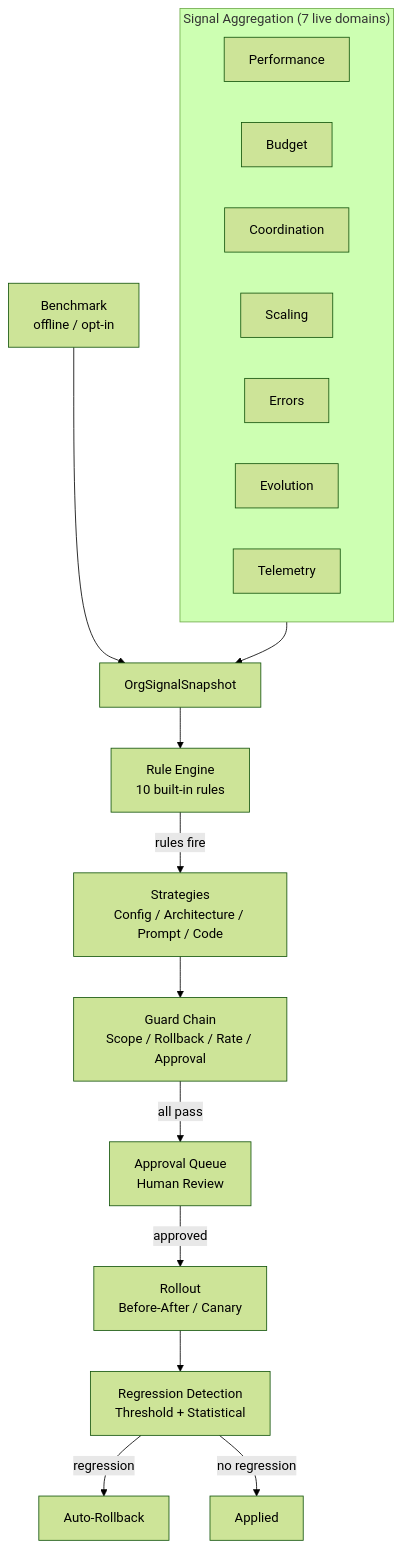
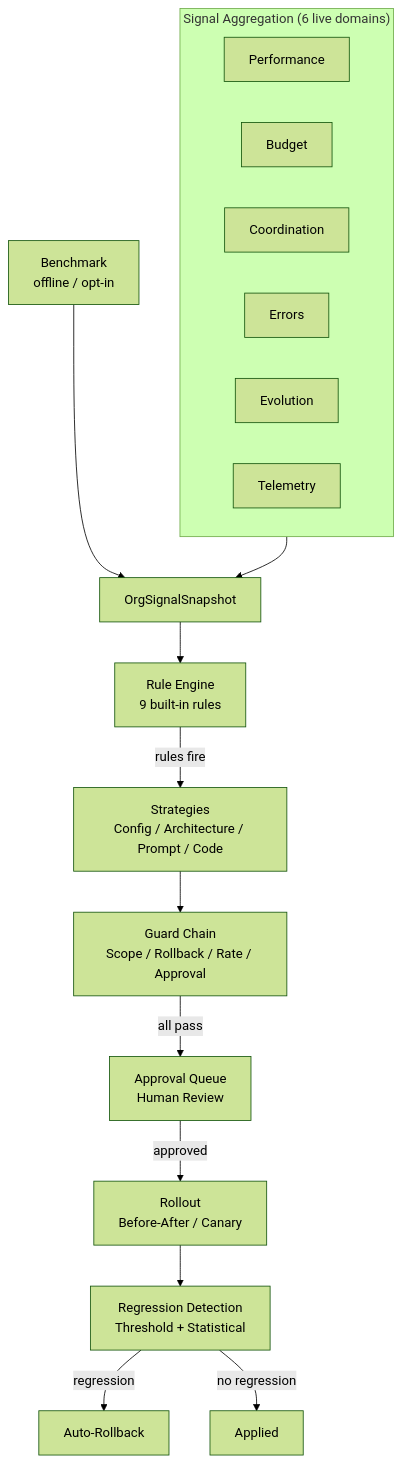
The diagram in docs/design/self-improvement.md (Aureliolo/synthorg), drawn with Mermaid (forest theme) before and after one commit. The commit also changed other lines of this file and 213 other files, not shown here.

````diff
--- a/docs/design/self-improvement.md
+++ b/docs/design/self-improvement.md
@@ -11,24 +11,23 @@
 ```mermaid
 flowchart TD
-    subgraph signals["Signal Aggregation (7 live domains)"]
+    subgraph signals["Signal Aggregation (6 live domains)"]
         P[Performance]
         B[Budget]
         C[Coordination]
-        S[Scaling]
         E[Errors]
         V[Evolution]
         T[Telemetry]
     end
 
     Bm["Benchmark<br/>offline / opt-in"]
     signals --> SNAP[OrgSignalSnapshot]
     Bm --> SNAP
-    SNAP --> RE[Rule Engine<br/>10 built-in rules]
+    SNAP --> RE[Rule Engine<br/>9 built-in rules]
     RE -->|rules fire| STRATEGIES[Strategies<br/>Config / Architecture / Prompt / Code]
     STRATEGIES --> GUARD[Guard Chain<br/>Scope / Rollback / Rate / Approval]
     GUARD -->|all pass| QUEUE[Approval Queue<br/>Human Review]
     QUEUE -->|approved| ROLLOUT[Rollout<br/>Before-After / Canary]
     ROLLOUT --> REGRESS[Regression Detection<br/>Threshold + Statistical]
     REGRESS -->|regression| ROLLBACK[Auto-Rollback]
     REGRESS -->|no regression| APPLIED[Applied]
 ```
````
